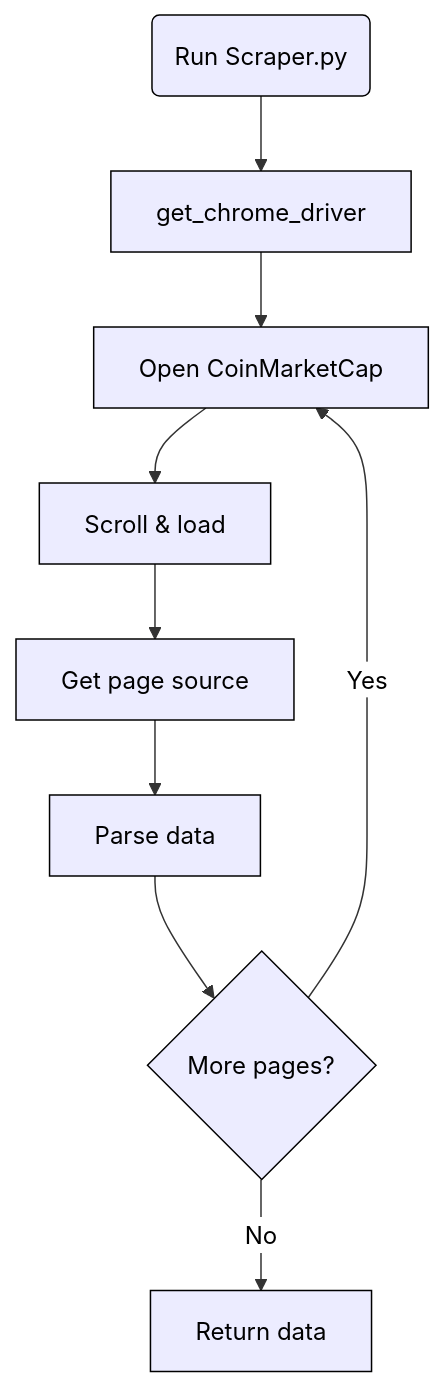
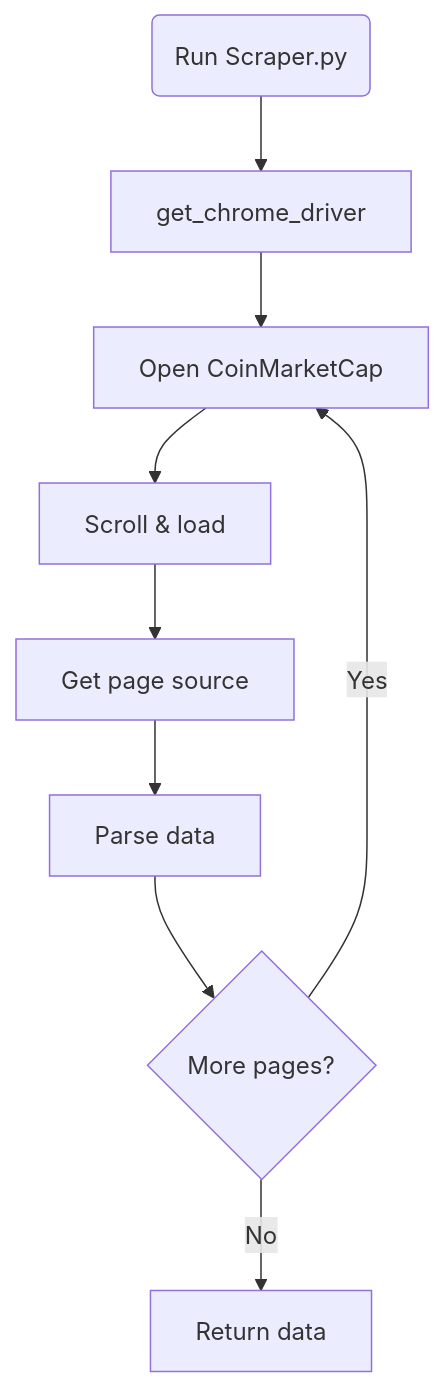
The diagram in ARCHITECTURE_Diagram.md (ZohaibJavaid32/coinmarket_scraping_project), drawn with Mermaid before and after one commit.

Commit message:
Update ARCHITECTURE_Diagram.md to simplify diagram
Removed initialization theme variables from Mermaid diagram.

````diff
--- a/ARCHITECTURE_Diagram.md
+++ b/ARCHITECTURE_Diagram.md
@@ -1,13 +1,12 @@
 ```mermaid
-%%{init: {'themeVariables': { 'background': '#ffffff', 'primaryColor': '#f9f9f9', 'edgeLabelBackground':'#ffffff', 'nodeBorder':'#000000', 'textColor':'#000000'}}}%%
 
 flowchart TD
     A(Run Scraper.py) --> B[get_chrome_driver]
     B --> C[Open CoinMarketCap]
     C --> D[Scroll & load]
     D --> E[Get page source]
     E --> F[Parse data]
     F --> G{More pages?}
     G -->|Yes| C
     G -->|No| H[Return data]
 ```
````
